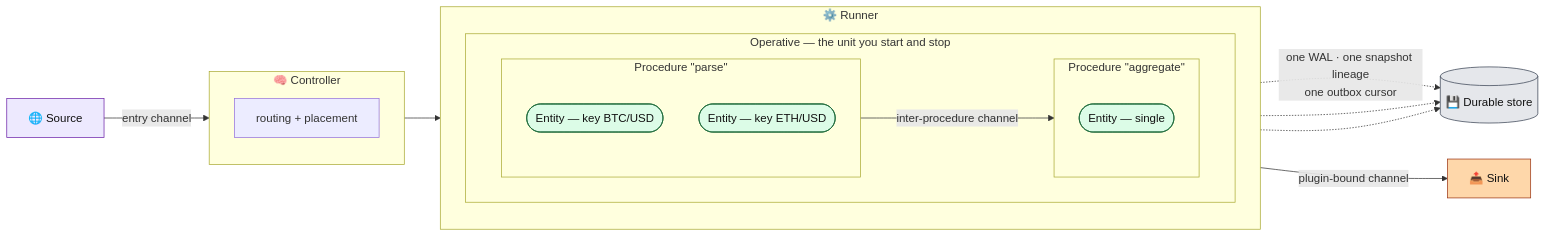
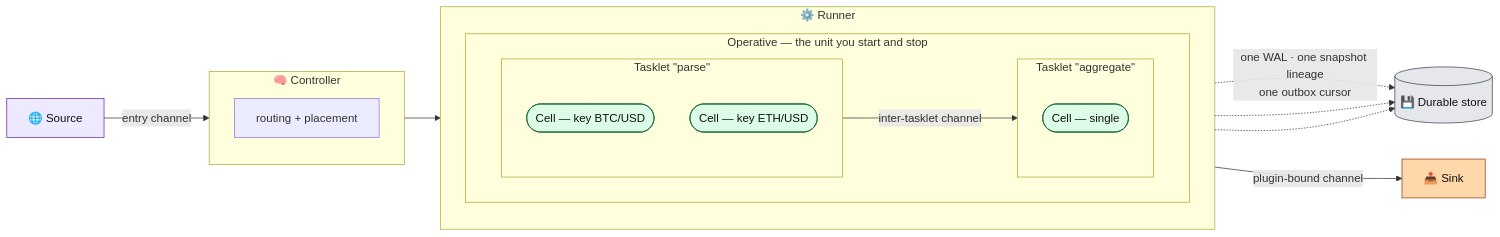
Before and after one commit to Flezha/flezha: the first of 9 diagrams in docs/architecture/README.md, drawn with Mermaid. The commit also changed other lines of this file and 604 other files, not shown here.

First line of the commit message:
Rename Procedure to Tasklet and Entity to Cell

````diff
--- a/docs/architecture/README.md
+++ b/docs/architecture/README.md
@@ -54,36 +54,36 @@
 ```mermaid
 flowchart LR
     SRC["🌐 Source"]:::src
     subgraph CTRL["🧠 Controller"]
         direction TB
         ROUTE["routing + placement"]
     end
     subgraph RUN["⚙️ Runner"]
         direction TB
         subgraph OPV["Operative — the unit you start and stop"]
             direction LR
-            subgraph P1["Procedure &quot;parse&quot;"]
+            subgraph P1["Tasklet &quot;parse&quot;"]
                 direction TB
-                E1(["Entity — key BTC/USD"]):::leaf
-                E2(["Entity — key ETH/USD"]):::leaf
+                E1(["Cell — key BTC/USD"]):::leaf
+                E2(["Cell — key ETH/USD"]):::leaf
             end
-            subgraph P2["Procedure &quot;aggregate&quot;"]
+            subgraph P2["Tasklet &quot;aggregate&quot;"]
                 direction TB
-                E3(["Entity — single"]):::leaf
+                E3(["Cell — single"]):::leaf
             end
         end
     end
     SINK["📤 Sink"]:::sink
     SRC -->|"entry channel"| ROUTE
     ROUTE --> P1
-    P1 -->|"inter-procedure channel"| P2
+    P1 -->|"inter-tasklet channel"| P2
     P2 -->|"plugin-bound channel"| SINK
     E1 -.->|"one WAL · one snapshot lineage<br/>one outbox cursor"| D[("💾 Durable store")]:::store
     E2 -.-> D
     E3 -.-> D
     classDef ctrl fill:#dbeafe,stroke:#1e40af,color:#111
     classDef sink fill:#fed7aa,stroke:#9a3412,color:#111
     classDef src fill:#ede9fe,stroke:#6b21a8,color:#111
     classDef store fill:#e5e7eb,stroke:#374151,color:#111
     classDef leaf fill:#dcfce7,stroke:#166534,color:#111
 ```
````
